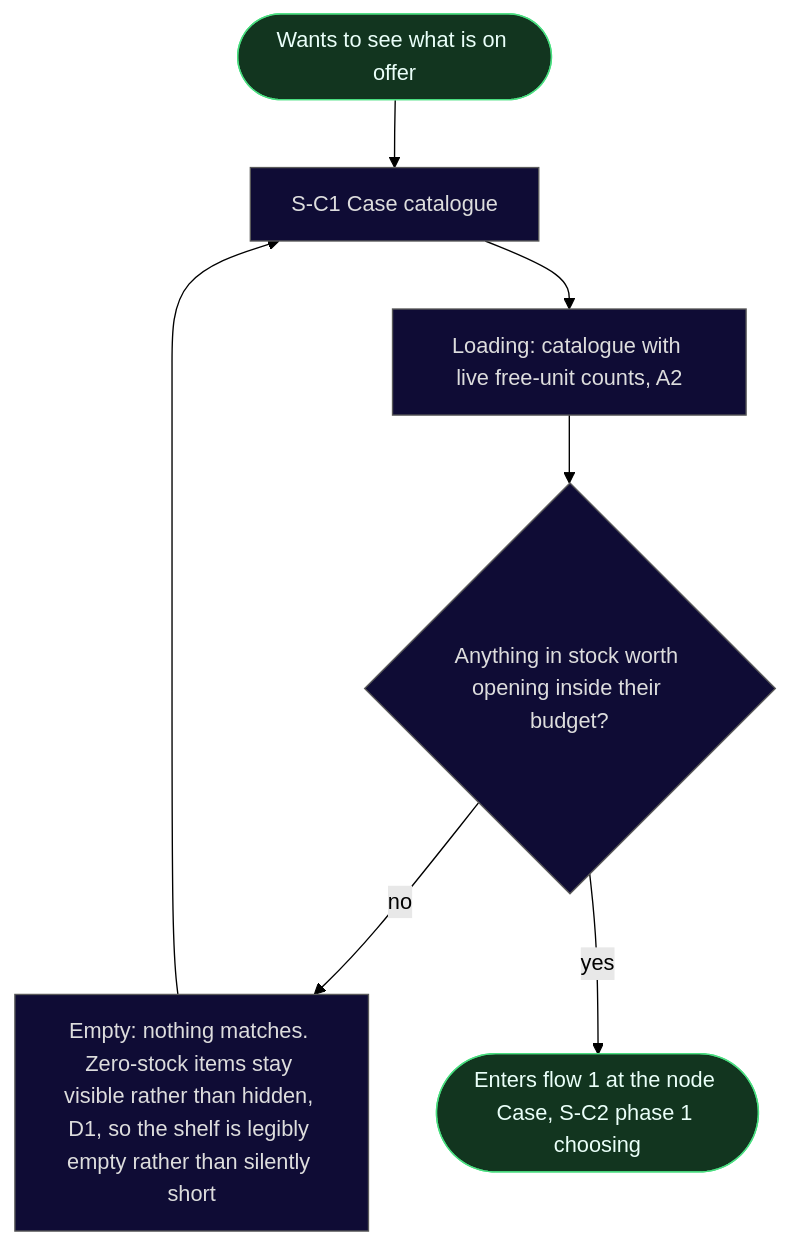
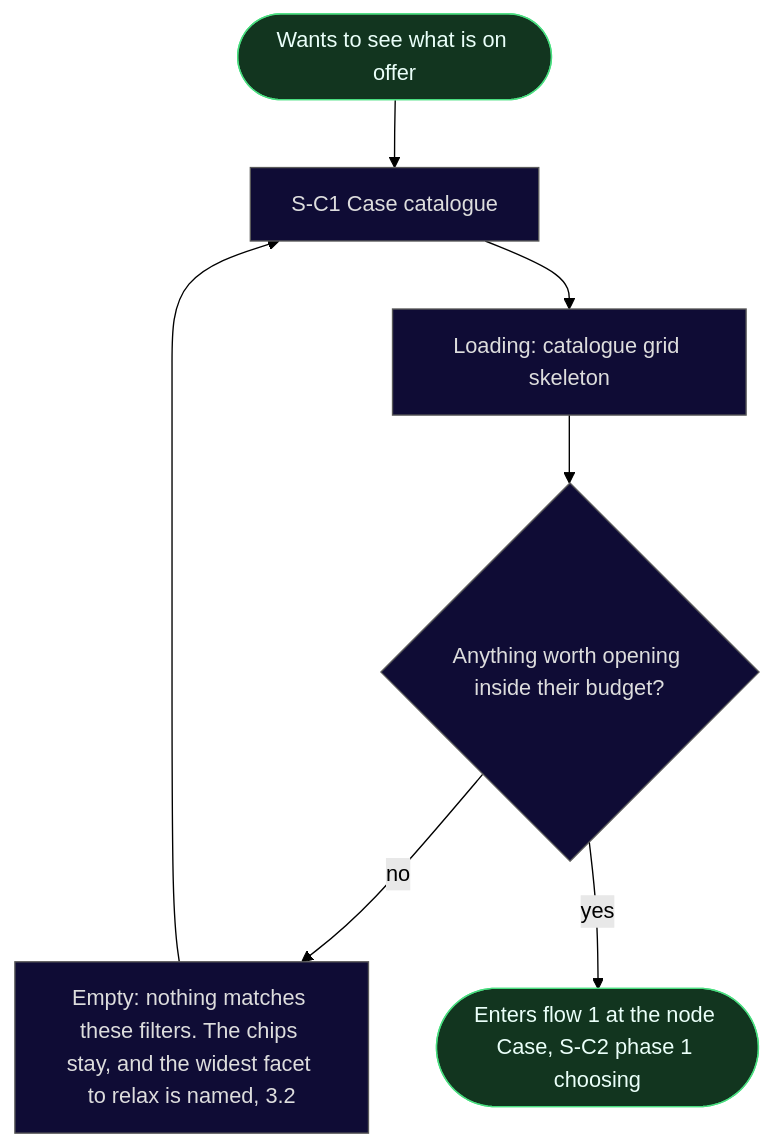
Before and after one commit to sergiodesign4u-dot/cs2-clutch: the second of 6 diagrams in ia/docs/flows.md, drawn with Mermaid (forest theme). The commit also changed other lines of this file and 27 other files, not shown here.

````diff
--- a/ia/docs/flows.md
+++ b/ia/docs/flows.md
@@ -96,14 +93,14 @@
 ```mermaid
 flowchart TD
     K0(["Wants to see what is on offer"]) --> Cat["S-C1 Case catalogue"]
-    Cat --> Load["Loading: catalogue with live free-unit counts, A2"]
-    Load --> Any{"Anything in stock worth opening inside their budget?"}
-    Any -->|no| Empty2["Empty: nothing matches. Zero-stock items stay visible rather than hidden, D1, so the shelf is legibly empty rather than silently short"]
+    Cat --> Load["Loading: catalogue grid skeleton"]
+    Load --> Any{"Anything worth opening inside their budget?"}
+    Any -->|no| Empty2["Empty: nothing matches these filters. The chips stay, and the widest facet to relax is named, 3.2"]
     Empty2 --> Cat
     Any -->|yes| Pick(["Enters flow 1 at the node Case, S-C2 phase 1 choosing"])
 
     classDef success fill:#12351f,stroke:#4ade80,color:#eafff9;
     classDef neutral fill:#0f0c35,stroke:#5a5a5a,color:#dddddd;
     class K0,Pick success;
     class Cat,Load,Any,Empty2 neutral;
 ```
````
